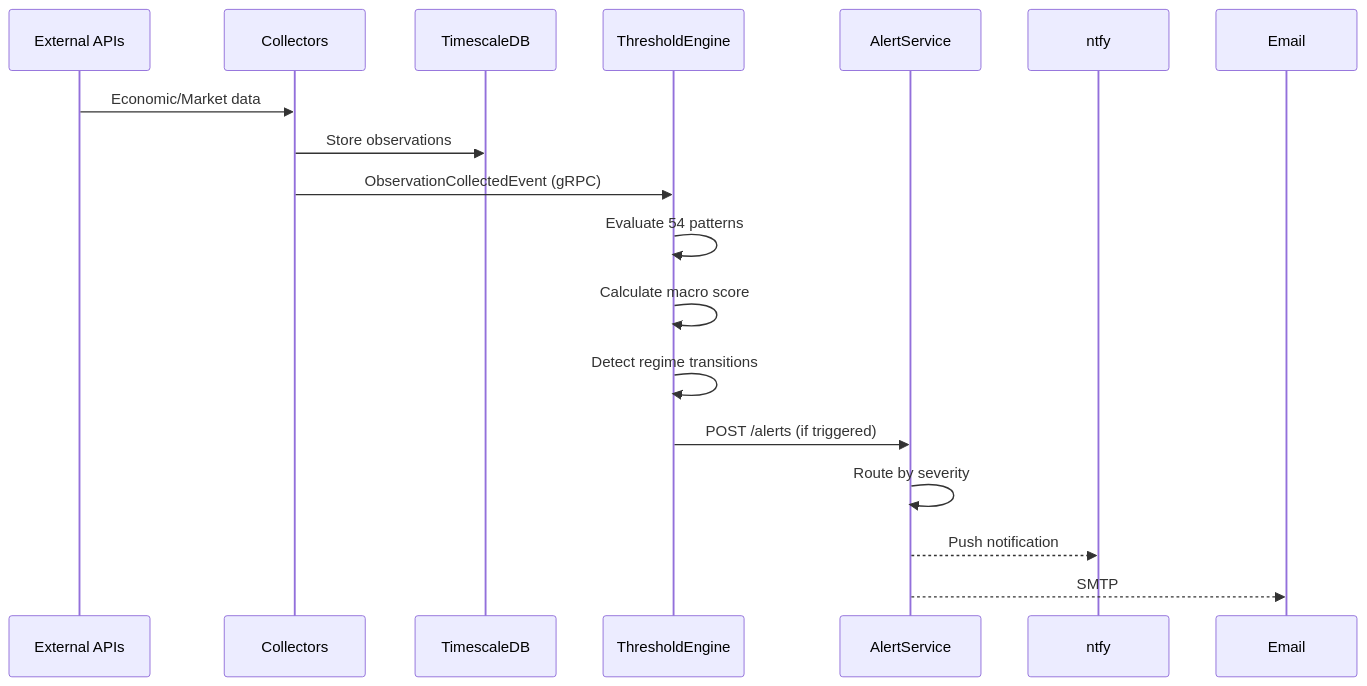
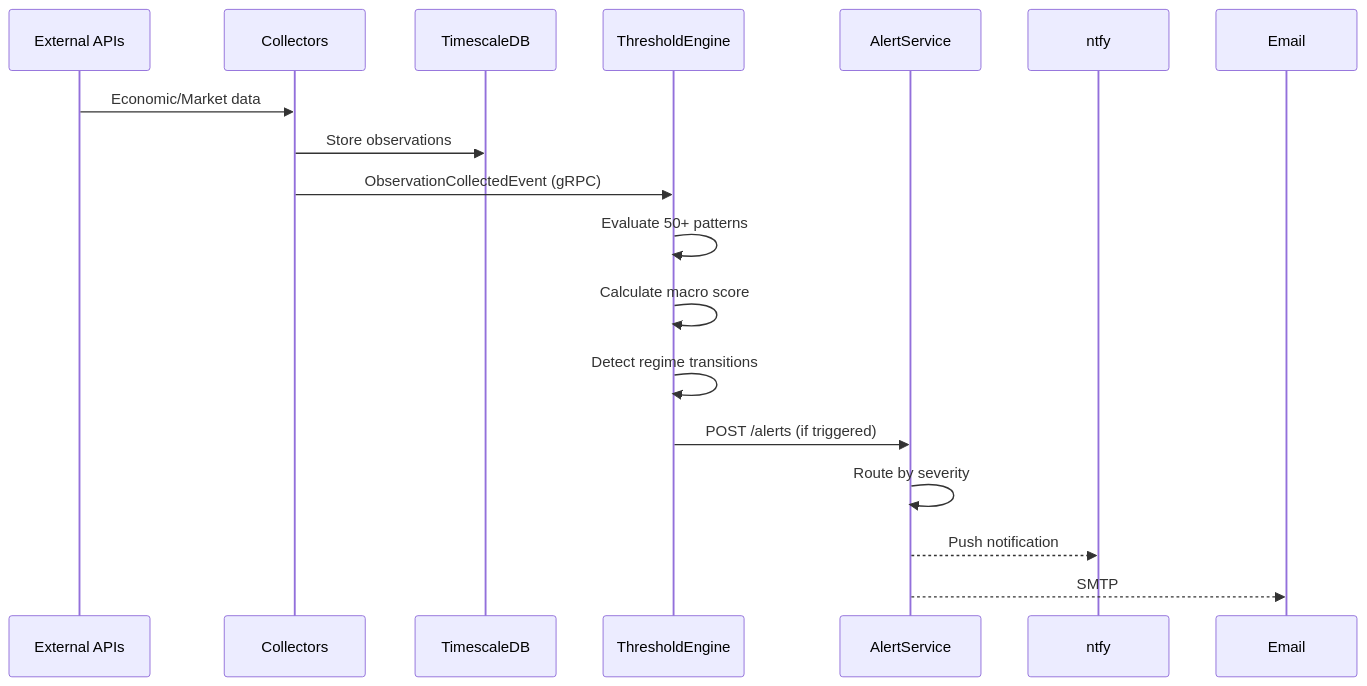
Before and after one commit to jpansarasa/ATLAS-Docs: the second of 4 diagrams in docs/ARCHITECTURE.md, drawn with Mermaid. The commit also changed other lines of this file and 24 other files, not shown here.

````diff
--- a/docs/ARCHITECTURE.md
+++ b/docs/ARCHITECTURE.md
@@ -105,19 +118,19 @@
 ```mermaid
 sequenceDiagram
     participant APIs as External APIs
     participant COL as Collectors
     participant DB as TimescaleDB
     participant TE as ThresholdEngine
     participant AS as AlertService
 
     APIs->>COL: Economic/Market data
     COL->>DB: Store observations
     COL->>TE: ObservationCollectedEvent (gRPC)
-    TE->>TE: Evaluate 54 patterns
+    TE->>TE: Evaluate 50+ patterns
     TE->>TE: Calculate macro score
     TE->>TE: Detect regime transitions
     TE->>AS: POST /alerts (if triggered)
     AS->>AS: Route by severity
     AS-->>ntfy: Push notification
     AS-->>Email: SMTP
 ```
````
